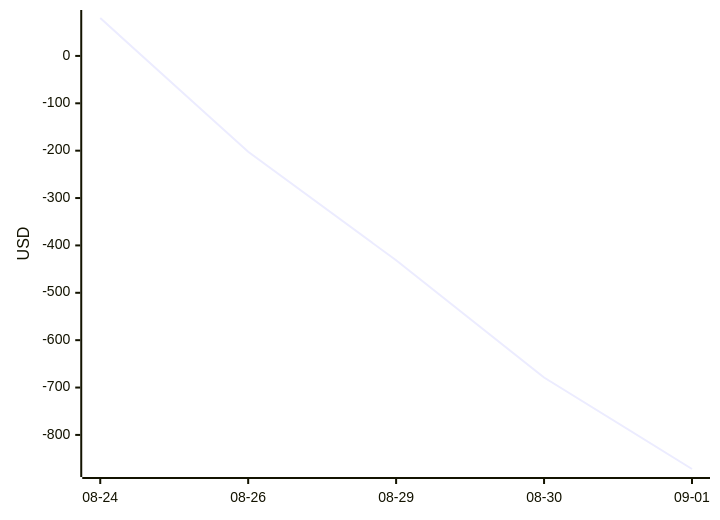
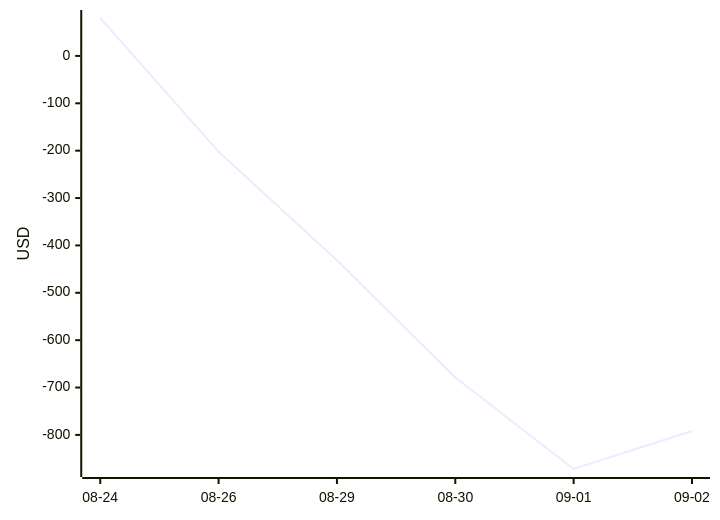
Before and after one commit to aryanvaid2108/prediction-trading: the diagram in DASHBOARD.md, drawn with Mermaid. The commit also changed other lines of this file and 1 other file, not shown here.

````diff
--- a/DASHBOARD.md
+++ b/DASHBOARD.md
@@ -23,6 +23,6 @@
 ```mermaid
 xychart-beta
-  x-axis ["08-24", "08-26", "08-29", "08-30", "09-01"]
+  x-axis ["08-24", "08-26", "08-29", "08-30", "09-01", "09-02"]
   y-axis "USD"
-  line [80.05, -202.45, -431.41, -678.85, -871.94]
+  line [80.05, -202.45, -431.41, -678.85, -871.94, -791.59]
 ```
````
